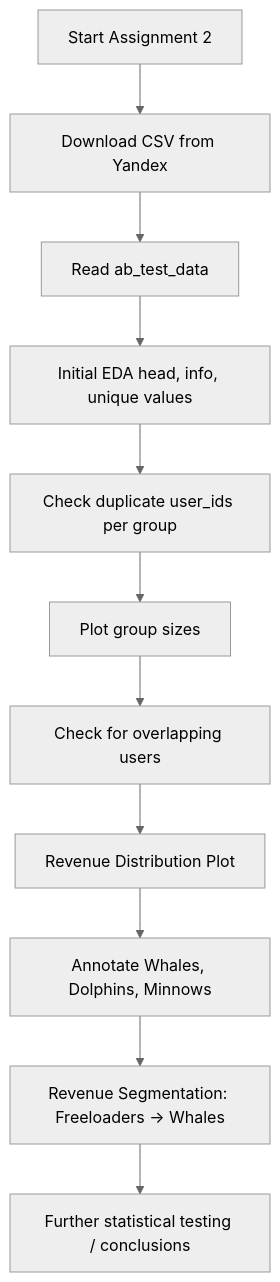
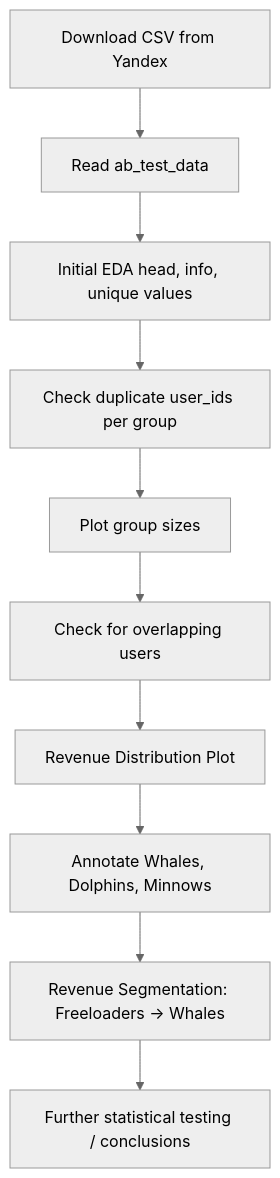
Before and after one commit to AleksandrVinnik/Cohort_Retention_and_Poisson_Bootstrap: the second of 3 diagrams in README.md, drawn with Mermaid (neutral theme). The commit also changed other lines of this file, not shown here.

````diff
--- a/README.md
+++ b/README.md
@@ -64,13 +70,14 @@
 ```mermaid
 graph TD
-  A[Start Assignment 2] --> B[Download CSV from Yandex];
-  B --> C[Read ab_test_data];
-  C --> D[Initial EDA head, info, unique values];
-  D --> E[Check duplicate user_ids per group];
-  E --> F[Plot group sizes];
-  F --> G[Check for overlapping users];
-  G --> H[Revenue Distribution Plot];
-  H --> I[Annotate Whales, Dolphins, Minnows];
-  I --> J[Revenue Segmentation: Freeloaders → Whales];
-  J --> K[Further statistical testing / conclusions];
+  A[Download CSV from Yandex];
+  A --> B[Read ab_test_data];
+  B --> C[Initial EDA head, info, unique values];
+  C --> D[Check duplicate user_ids per group];
+  D --> E[Plot group sizes];
+  E --> F[Check for overlapping users];
+  F --> G[Revenue Distribution Plot];
+  G --> H[Annotate Whales, Dolphins, Minnows];
+  H --> I[Revenue Segmentation: Freeloaders → Whales];
+  I --> J[Further statistical testing / conclusions];
+
 ```
````
